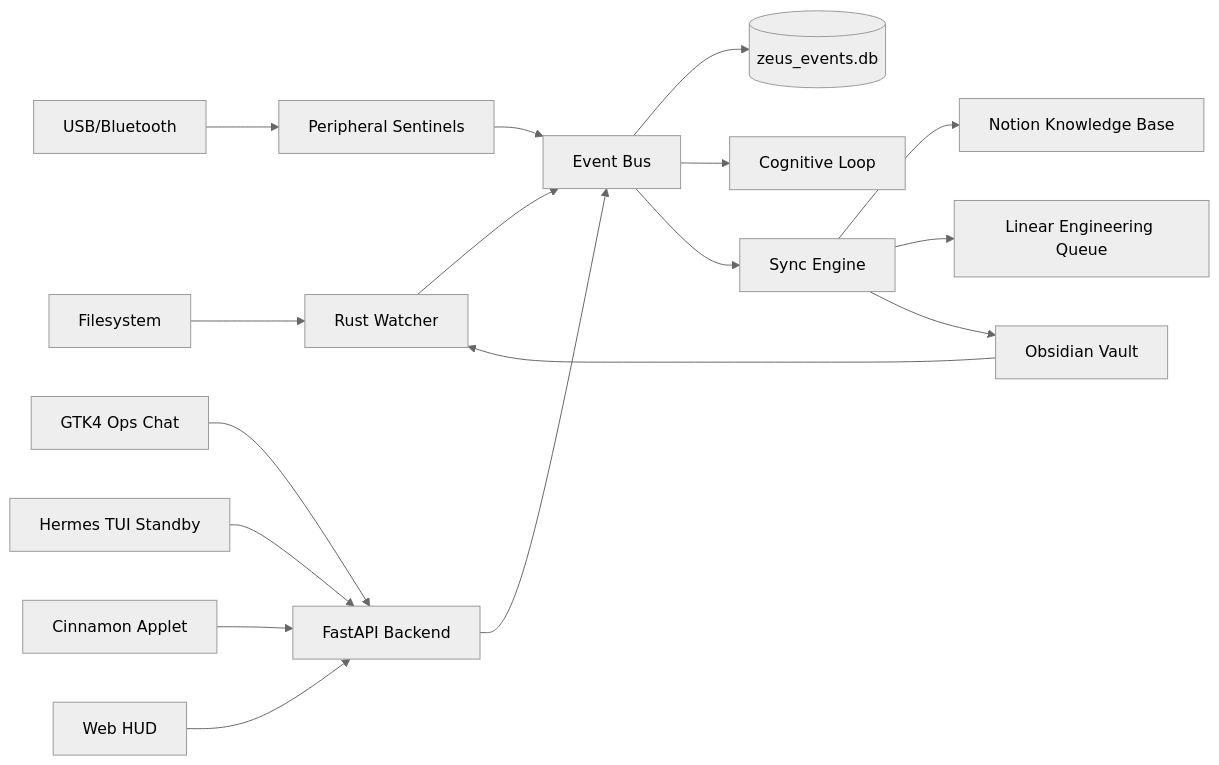
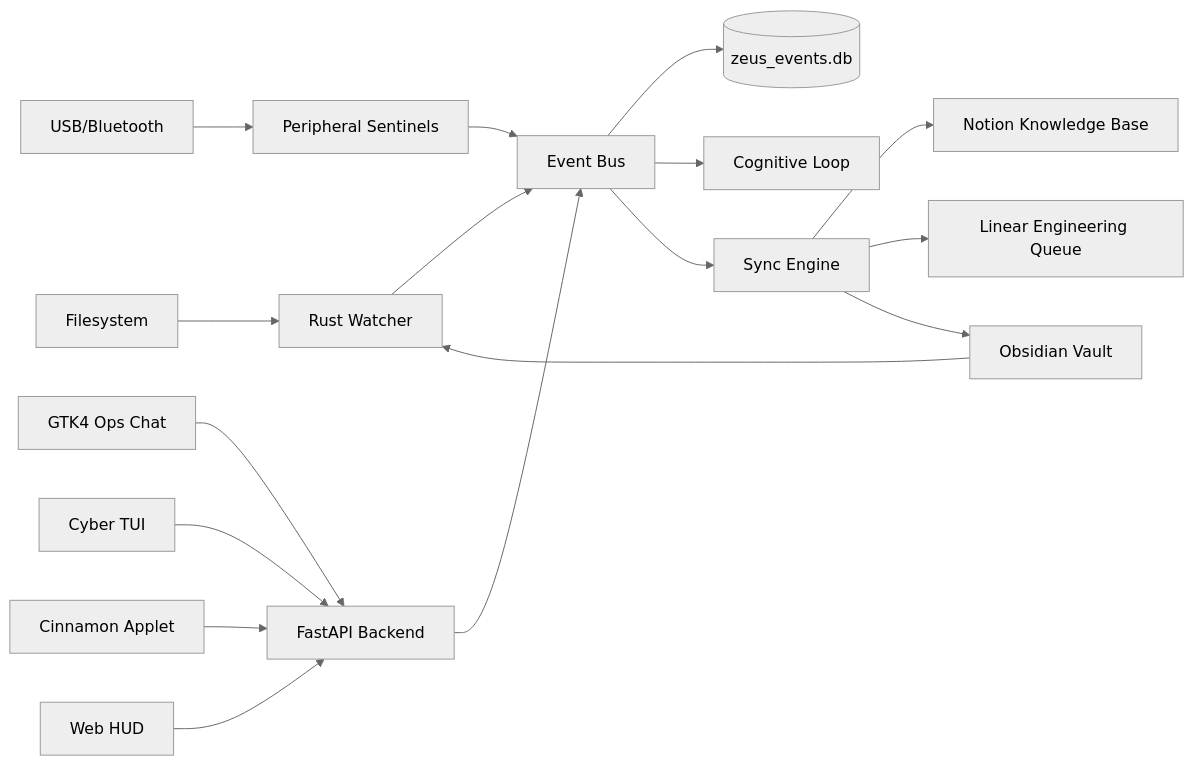
Before and after one commit to zeusinfra/NEXUS: the first of 2 diagrams in docs/ZEUS_SECOND_BRAIN_ARCHITECTURE.md, drawn with Mermaid (neutral theme). The commit also changed 4 other files, not shown here.

Commit message:
chore(tui): remove hermes launcher

````diff
--- a/docs/ZEUS_SECOND_BRAIN_ARCHITECTURE.md
+++ b/docs/ZEUS_SECOND_BRAIN_ARCHITECTURE.md
@@ -31,23 +31,23 @@
 ```mermaid
 flowchart LR
     FS[Filesystem] --> Watcher[Rust Watcher]
     USB[USB/Bluetooth] --> Sentinel[Peripheral Sentinels]
     Obsidian[Obsidian Vault] --> Watcher
 
     Watcher --> EventBus[Event Bus]
     Sentinel --> EventBus
     API[FastAPI Backend] --> EventBus
 
     EventBus --> SQLite[(zeus_events.db)]
     EventBus --> Cognition[Cognitive Loop]
     EventBus --> Sync[Sync Engine]
 
     Sync --> Notion[Notion Knowledge Base]
     Sync --> Linear[Linear Engineering Queue]
     Sync --> Obsidian
 
     GTK[GTK4 Ops Chat] --> API
-    TUI[Hermes TUI Standby] --> API
+    TUI[Cyber TUI] --> API
     Applet[Cinnamon Applet] --> API
     HUD[Web HUD] --> API
 ```
````
